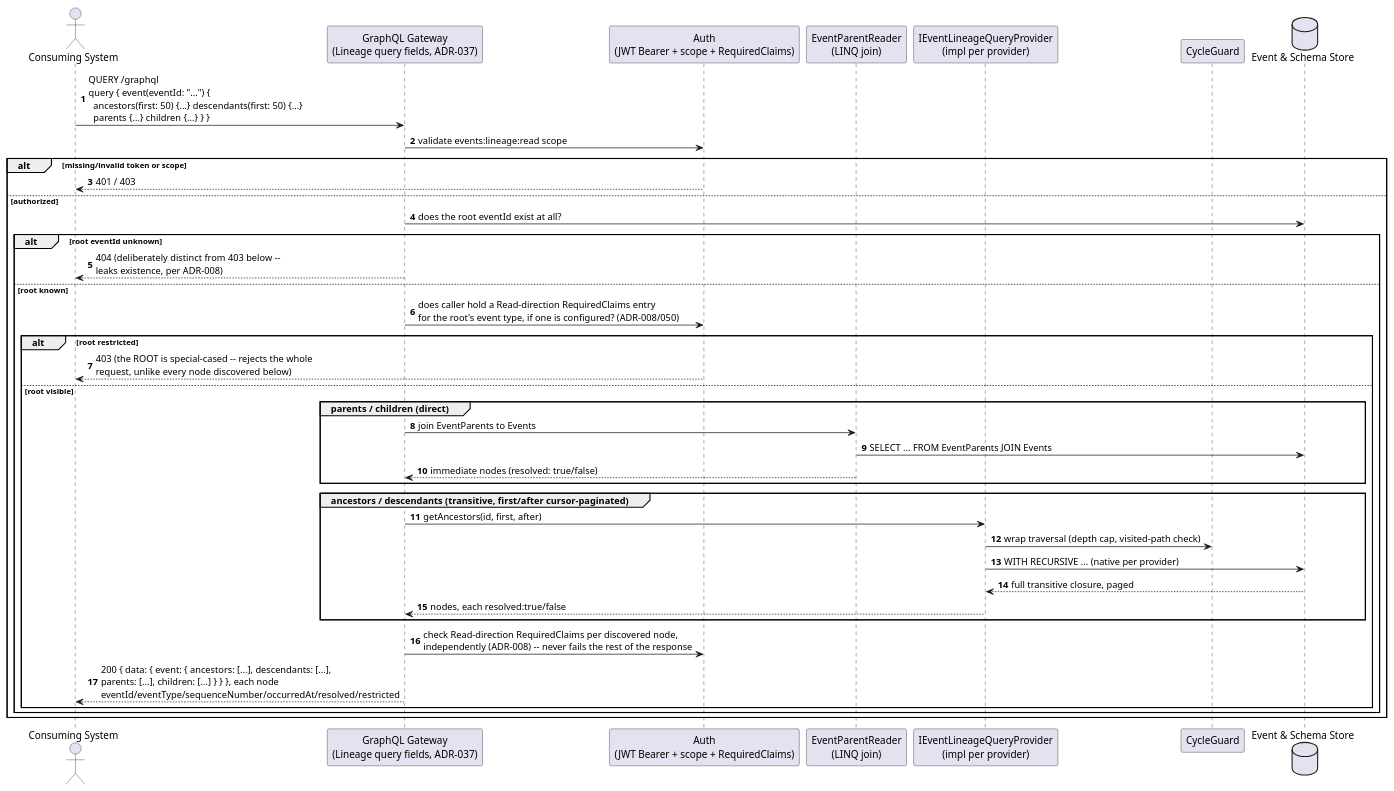
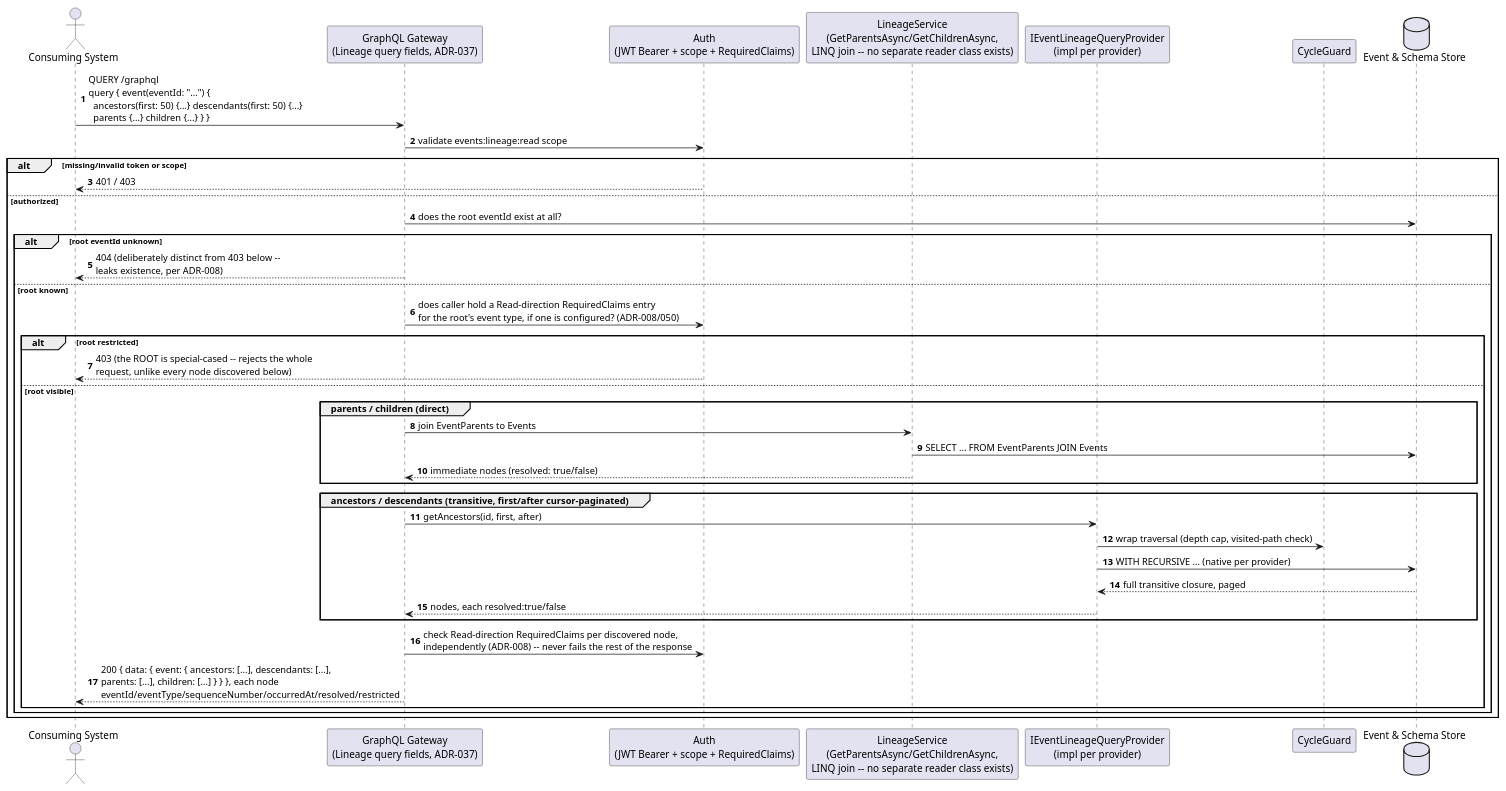
One commit to Mwwhited-BookLearning/EventSourcing changed the second of 3 diagrams in docs/features/event-chains.md. Above: the diagram before and after it, drawn with PlantUML. The commit also changed 46 other files, not shown here.

````diff
--- a/docs/features/event-chains.md
+++ b/docs/features/event-chains.md
@@ -60,43 +60,43 @@
 ```plantuml
 @startuml EventChains_Query_Sequence
 autonumber
 actor "Consuming System" as client
 participant "GraphQL Gateway\n(Lineage query fields, ADR-037)" as endpoint
 participant "Auth\n(JWT Bearer + scope + RequiredClaims)" as auth
-participant "EventParentReader\n(LINQ join)" as directReader
+participant "LineageService\n(GetParentsAsync/GetChildrenAsync,\nLINQ join -- no separate reader class exists)" as directReader
 participant "IEventLineageQueryProvider\n(impl per provider)" as recursiveReader
 participant "CycleGuard" as guard
 database "Event & Schema Store" as db
 
 client -> endpoint: QUERY /graphql\nquery { event(eventId: "...") {\n  ancestors(first: 50) {...} descendants(first: 50) {...}\n  parents {...} children {...} } }
 endpoint -> auth: validate events:lineage:read scope
 alt missing/invalid token or scope
   auth --> client: 401 / 403
 else authorized
   endpoint -> db: does the root eventId exist at all?
   alt root eventId unknown
     endpoint --> client: 404 (deliberately distinct from 403 below --\nleaks existence, per ADR-008)
   else root known
     endpoint -> auth: does caller hold a Read-direction RequiredClaims entry\nfor the root's event type, if one is configured? (ADR-008/050)
     alt root restricted
       auth --> client: 403 (the ROOT is special-cased -- rejects the whole\nrequest, unlike every node discovered below)
     else root visible
       group parents / children (direct)
         endpoint -> directReader: join EventParents to Events
         directReader -> db: SELECT ... FROM EventParents JOIN Events
         directReader --> endpoint: immediate nodes (resolved: true/false)
       end
       group ancestors / descendants (transitive, first/after cursor-paginated)
         endpoint -> recursiveReader: getAncestors(id, first, after)
         recursiveReader -> guard: wrap traversal (depth cap, visited-path check)
         recursiveReader -> db: WITH RECURSIVE ... (native per provider)
         db --> recursiveReader: full transitive closure, paged
         recursiveReader --> endpoint: nodes, each resolved:true/false
       end
       endpoint -> auth: check Read-direction RequiredClaims per discovered node,\nindependently (ADR-008) -- never fails the rest of the response
       endpoint --> client: 200 { data: { event: { ancestors: [...], descendants: [...],\nparents: [...], children: [...] } } }, each node\neventId/eventType/sequenceNumber/occurredAt/resolved/restricted
     end
   end
 end
 @enduml
 ```
````
